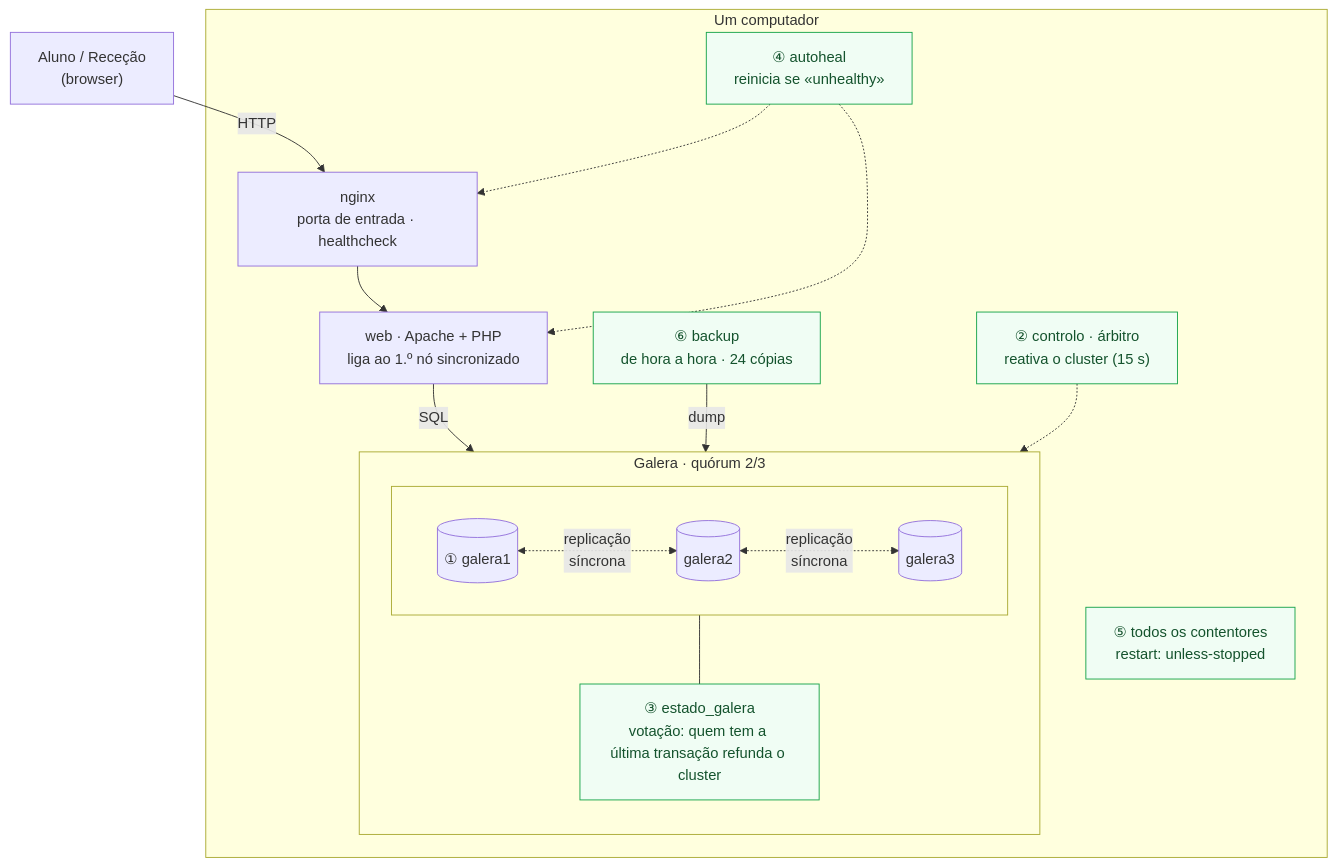
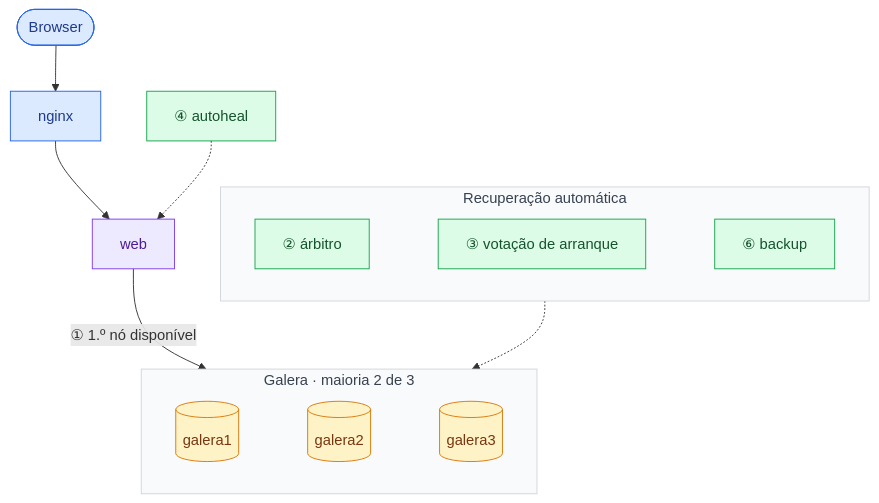
Before and after one commit to HamiltonPrado/Perdidos-e-Achados-IADE: the diagram in docs/Diagramas/05-tolerancia-a-faltas.md, drawn with Mermaid. The commit also changed other lines of this file and 4 other files, not shown here.

Commit message:
Diagramas mais simples: menos caixas e setas, cores por camada

````diff
--- a/docs/Diagramas/05-tolerancia-a-faltas.md
+++ b/docs/Diagramas/05-tolerancia-a-faltas.md
@@ -6,33 +8,36 @@
 ```mermaid
 flowchart TB
-    U["Aluno / Receção<br/>(browser)"]
+    U(["Browser"]) --> NG["nginx"] --> WB["web"]
+    AH["④ autoheal"] -.-> WB
 
-    subgraph PC["Um computador"]
-        RS["⑤ todos os contentores<br/>restart: unless-stopped"]:::apoio
-        AH["④ autoheal<br/>reinicia se «unhealthy»"]:::apoio
-        NG["nginx<br/>porta de entrada · healthcheck"]
-        WB["web · Apache + PHP<br/>liga ao 1.º nó sincronizado"]
-        BK["⑥ backup<br/>de hora a hora · 24 cópias"]:::apoio
-        AR["② controlo · árbitro<br/>reativa o cluster (15 s)"]:::apoio
+    WB -- "① 1.º nó disponível" --> CL
 
-        subgraph CL["Galera · quórum 2/3"]
-            direction TB
-            subgraph NOS[" "]
-                direction LR
-                G1[("① galera1")] <-. "replicação<br/>síncrona" .-> G2[("galera2")] <-. "replicação<br/>síncrona" .-> G3[("galera3")]
-            end
-            VE["③ estado_galera<br/>votação: quem tem a última transação refunda o cluster"]:::apoio
-            NOS --- VE
-        end
+    subgraph CL["Galera · maioria 2 de 3"]
+        direction LR
+        G1[("galera1")]
+        G2[("galera2")]
+        G3[("galera3")]
+        G1 ~~~ G2 ~~~ G3
     end
 
-    U -- HTTP --> NG
-    NG --> WB
-    AH -.-> NG
-    AH -.-> WB
-    WB -- SQL --> CL
-    BK -- dump --> CL
-    AR -.-> CL
+    subgraph REC["Recuperação automática"]
+        direction LR
+        AR["② árbitro"]
+        VE["③ votação de arranque"]
+        BK["⑥ backup"]
+        AR ~~~ VE ~~~ BK
+    end
 
-    classDef apoio fill:#f0fdf4,stroke:#16a34a,color:#14532d;
+    REC -.-> CL
+
+    classDef entrada fill:#dbeafe,stroke:#2563eb,color:#1e3a8a
+    classDef app fill:#ede9fe,stroke:#7c3aed,color:#4c1d95
+    classDef apoio fill:#dcfce7,stroke:#16a34a,color:#14532d
+    classDef dados fill:#fef3c7,stroke:#d97706,color:#78350f
+    class U,NG entrada
+    class WB app
+    class AH,AR,VE,BK apoio
+    class G1,G2,G3 dados
+    style CL fill:#f9fafb,stroke:#d1d5db,color:#374151
+    style REC fill:#f9fafb,stroke:#d1d5db,color:#374151
 ```
````
